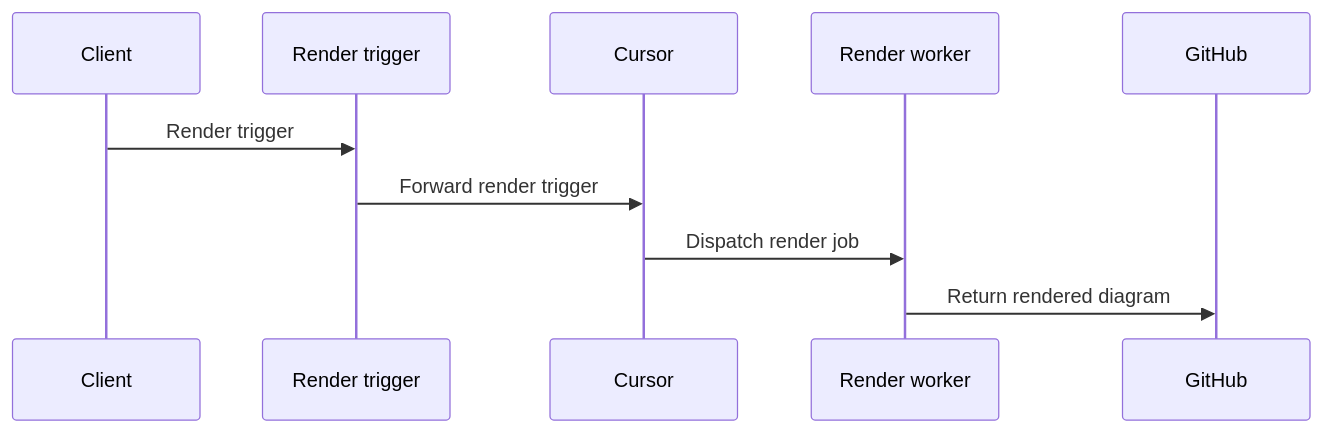
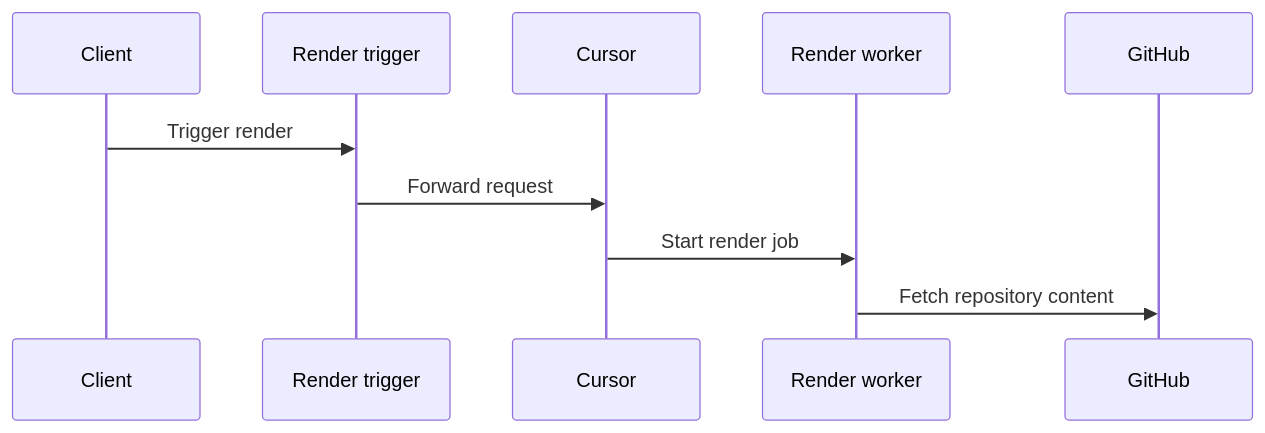
The diagram in README.md (starmorph/mermaid-anywhere), drawn with Mermaid before and after one commit. The commit also changed other lines of this file, not shown here.

Commit message:
docs: refine README sequence diagram flow

````diff
--- a/README.md
+++ b/README.md
@@ -46,13 +46,13 @@
 ```mermaid
 sequenceDiagram
     participant Client
     participant RenderTrigger as Render trigger
     participant Cursor
     participant RenderWorker as Render worker
     participant GitHub
 
-    Client->>RenderTrigger: Render trigger
-    RenderTrigger->>Cursor: Forward render trigger
-    Cursor->>RenderWorker: Dispatch render job
-    RenderWorker->>GitHub: Return rendered diagram
+    Client->>RenderTrigger: Trigger render
+    RenderTrigger->>Cursor: Forward request
+    Cursor->>RenderWorker: Start render job
+    RenderWorker->>GitHub: Fetch repository content
 ```
````
